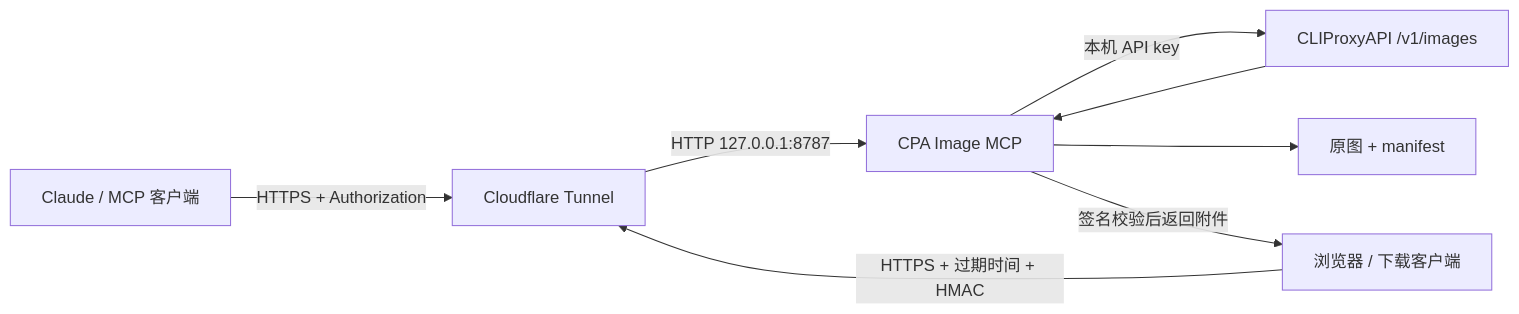
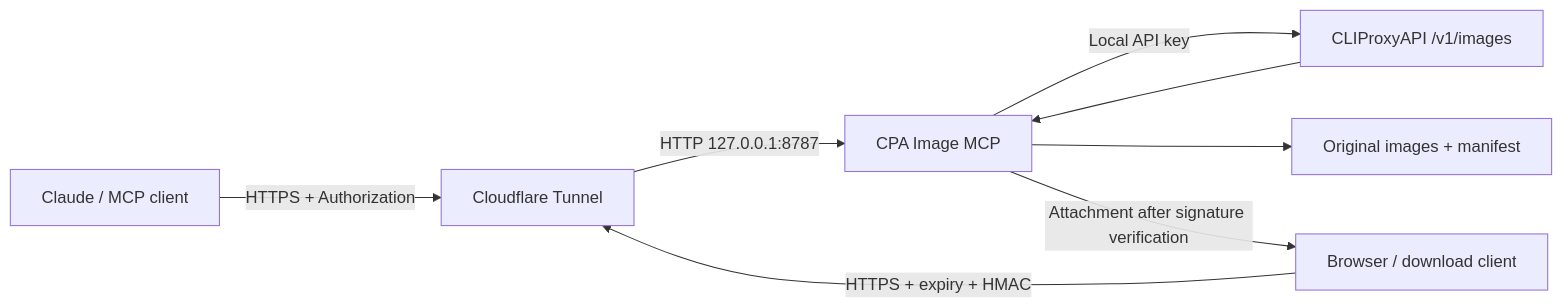
One commit to Bing2000me/cpa-image-mcp changed the diagram in README.md. Above: the diagram before and after it, drawn with Mermaid. The commit also changed other lines of this file and 2 other files, not shown here.

````diff
--- a/README.md
+++ b/README.md
@@ -26,10 +24,10 @@
 ```mermaid
 flowchart LR
-  Claude[Claude / MCP 客户端] -->|HTTPS + Authorization| Tunnel[Cloudflare Tunnel]
+  Claude[Claude / MCP client] -->|HTTPS + Authorization| Tunnel[Cloudflare Tunnel]
   Tunnel -->|HTTP 127.0.0.1:8787| MCP[CPA Image MCP]
-  MCP -->|本机 API key| CPA[CLIProxyAPI /v1/images]
+  MCP -->|Local API key| CPA[CLIProxyAPI /v1/images]
   CPA --> MCP
-  MCP --> Store[原图 + manifest]
-  Browser[浏览器 / 下载客户端] -->|HTTPS + 过期时间 + HMAC| Tunnel
-  MCP -->|签名校验后返回附件| Browser
+  MCP --> Store[Original images + manifest]
+  Browser[Browser / download client] -->|HTTPS + expiry + HMAC| Tunnel
+  MCP -->|Attachment after signature verification| Browser
 ```
````
